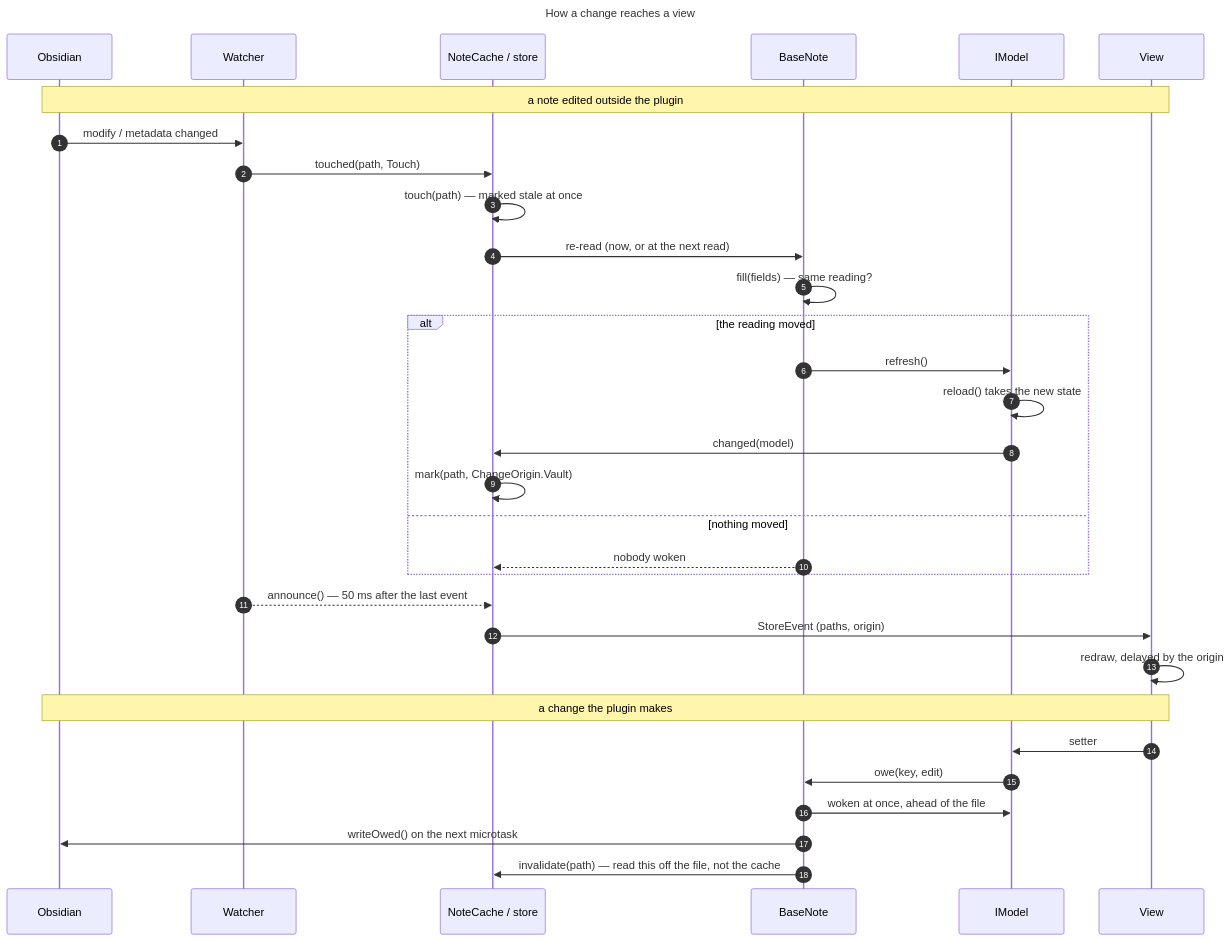
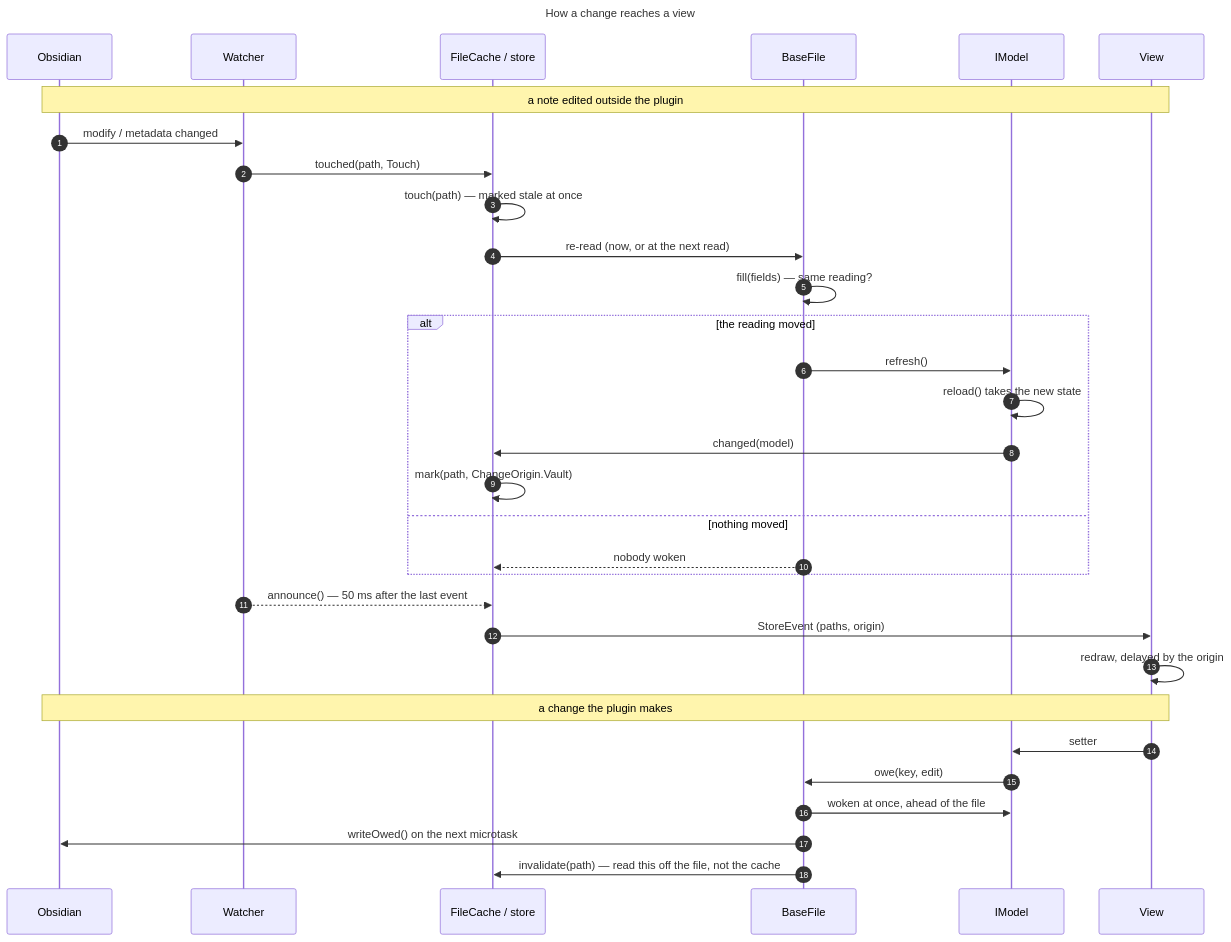
Before and after one commit to Laurent-Ferier/pm-compass: the diagram in docs/technical/diagrams/change-flow.mmd, drawn with Mermaid. The commit also changed 85 other files, not shown here.

```diff
--- a/docs/technical/diagrams/change-flow.mmd
+++ b/docs/technical/diagrams/change-flow.mmd
@@ -1,36 +1,36 @@
 ---
 title: How a change reaches a view
 ---
 sequenceDiagram
   autonumber
   participant Obsidian
   participant Watcher
-  participant Store as NoteCache / store
-  participant File as BaseNote
+  participant Store as FileCache / store
+  participant File as BaseFile
   participant Model as IModel
   participant View
 
   Note over Obsidian,View: a note edited outside the plugin
   Obsidian->>Watcher: modify / metadata changed
   Watcher->>Store: touched(path, Touch)
   Store->>Store: touch(path) — marked stale at once
   Store->>File: re-read (now, or at the next read)
   File->>File: fill(fields) — same reading?
   alt the reading moved
     File->>Model: refresh()
     Model->>Model: reload() takes the new state
     Model->>Store: changed(model)
     Store->>Store: mark(path, ChangeOrigin.Vault)
   else nothing moved
     File-->>Store: nobody woken
   end
   Watcher-->>Store: announce() — 50 ms after the last event
   Store->>View: StoreEvent (paths, origin)
   View->>View: redraw, delayed by the origin
 
   Note over View,Obsidian: a change the plugin makes
   View->>Model: setter
   Model->>File: owe(key, edit)
   File->>Model: woken at once, ahead of the file
   File->>Obsidian: writeOwed() on the next microtask
   File->>Store: invalidate(path) — read this off the file, not the cache
```
